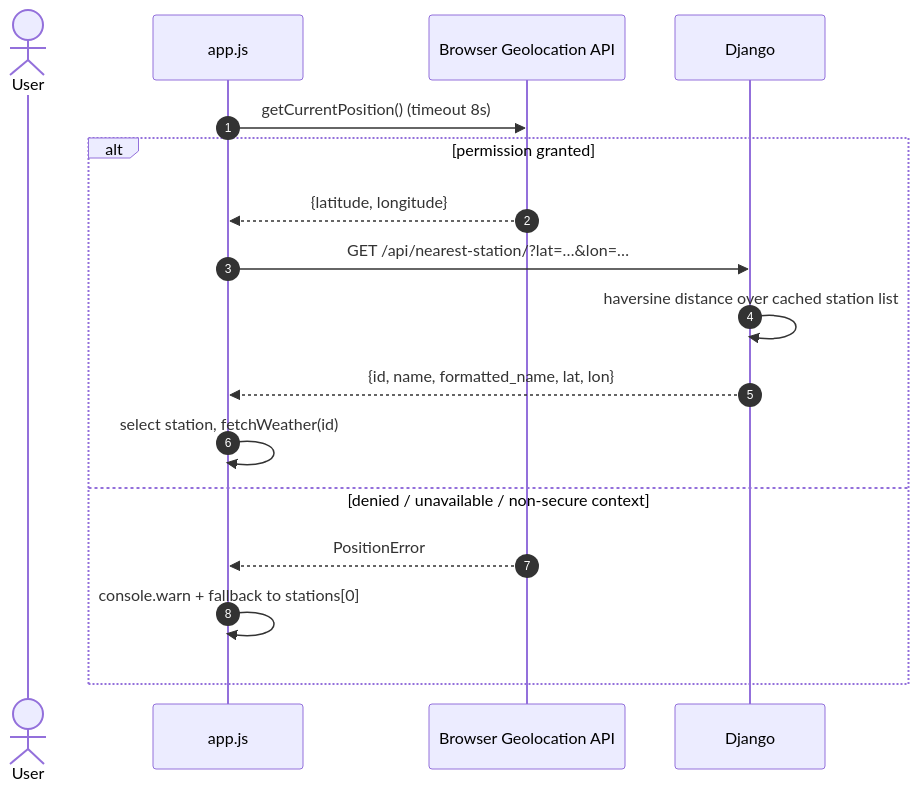
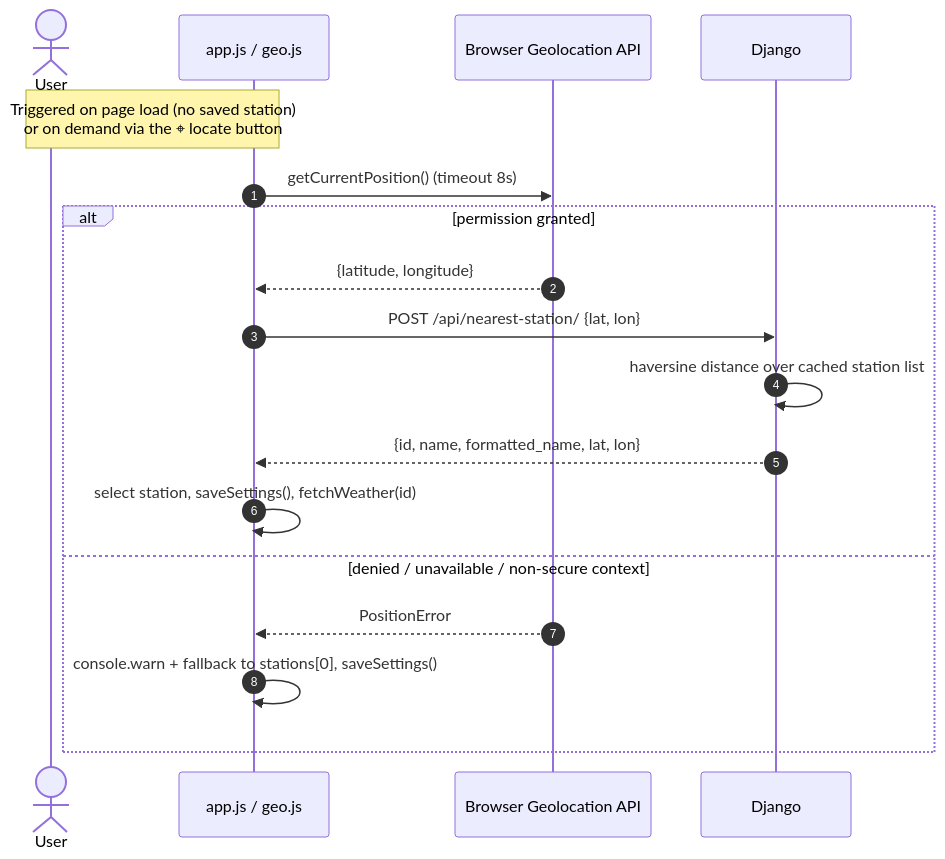
The ninth of 9 diagrams in docs/ARCHITECTURE.md (jjankkil/weatherview-django), drawn with Mermaid before and after one commit. The commit also changed other lines of this file and 16 other files, not shown here.

First line of the commit message:
feat: add locate button to select nearest station on demand

````diff
--- a/docs/ARCHITECTURE.md
+++ b/docs/ARCHITECTURE.md
@@ -542,20 +544,21 @@
 ```mermaid
 sequenceDiagram
     autonumber
     actor User
-    participant Browser as app.js
+    participant Browser as app.js / geo.js
     participant Geo as Browser Geolocation API
     participant Django
 
+    Note over User,Browser: Triggered on page load (no saved station)<br/>or on demand via the ⌖ locate button
     Browser->>Geo: getCurrentPosition() (timeout 8s)
     alt permission granted
         Geo-->>Browser: {latitude, longitude}
-        Browser->>Django: GET /api/nearest-station/?lat=…&lon=…
+        Browser->>Django: POST /api/nearest-station/ {lat, lon}
         Django->>Django: haversine distance over cached station list
         Django-->>Browser: {id, name, formatted_name, lat, lon}
-        Browser->>Browser: select station, fetchWeather(id)
+        Browser->>Browser: select station, saveSettings(), fetchWeather(id)
     else denied / unavailable / non-secure context
         Geo-->>Browser: PositionError
-        Browser->>Browser: console.warn + fallback to stations[0]
+        Browser->>Browser: console.warn + fallback to stations[0], saveSettings()
     end
 ```
````
